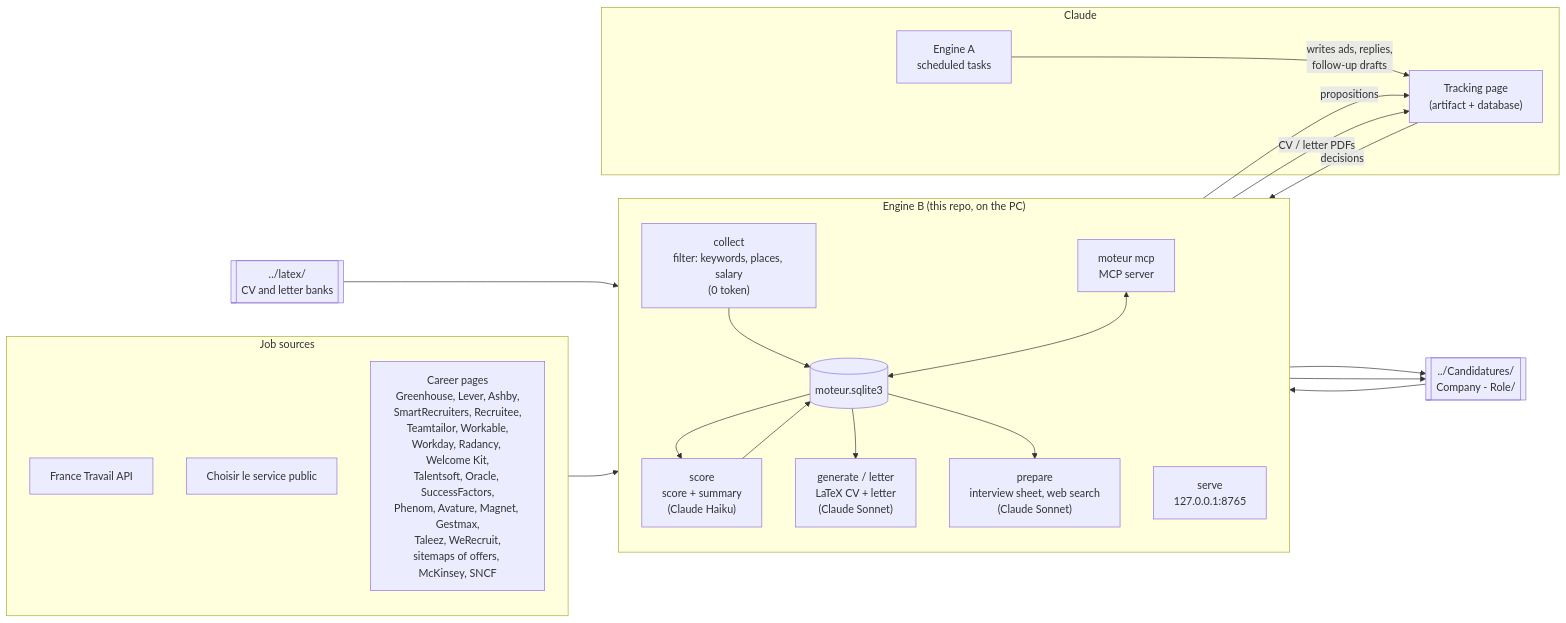
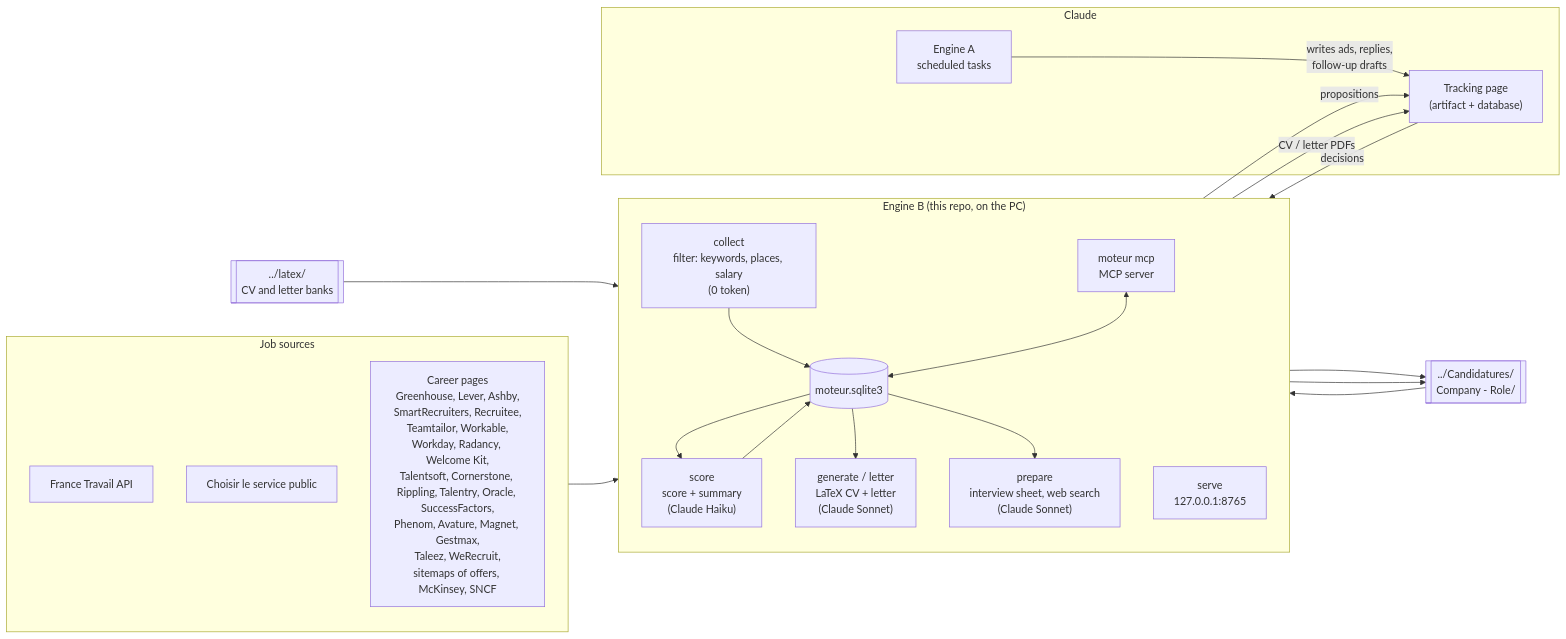
One commit to antoinebertoux/moteur-candidatures changed the first of 2 diagrams in README.md. Above: the diagram before and after it, drawn with Mermaid. The commit also changed other lines of this file and 14 other files, not shown here.

First line of the commit message:
Add Cornerstone, Rippling and Talentry sources; read offer numbers first in sitemap slugs (SRC-111 to SRC-121, SRC-53)

````diff
--- a/README.md
+++ b/README.md
@@ -19,41 +19,41 @@
 ```mermaid
 flowchart LR
     subgraph sources["Job sources"]
         FT["France Travail API"]
         SP["Choisir le service public"]
-        ATS["Career pages<br/>Greenhouse, Lever, Ashby,<br/>SmartRecruiters, Recruitee,<br/>Teamtailor, Workable,<br/>Workday, Radancy, Welcome Kit,<br/>Talentsoft, Oracle, SuccessFactors,<br/>Phenom, Avature, Magnet, Gestmax,<br/>Taleez, WeRecruit,<br/>sitemaps of offers, McKinsey, SNCF"]
+        ATS["Career pages<br/>Greenhouse, Lever, Ashby,<br/>SmartRecruiters, Recruitee,<br/>Teamtailor, Workable,<br/>Workday, Radancy, Welcome Kit,<br/>Talentsoft, Cornerstone, Rippling, Talentry, Oracle, SuccessFactors,<br/>Phenom, Avature, Magnet, Gestmax,<br/>Taleez, WeRecruit,<br/>sitemaps of offers, McKinsey, SNCF"]
     end
 
     subgraph B["Engine B (this repo, on the PC)"]
         direction TB
         COL["collect<br/>filter: keywords, places, salary<br/>(0 token)"]
         DB[("moteur.sqlite3")]
         NOT["score<br/>score + summary<br/>(Claude Haiku)"]
         GEN["generate / letter<br/>LaTeX CV + letter<br/>(Claude Sonnet)"]
         PREP["prepare<br/>interview sheet, web search<br/>(Claude Sonnet)"]
         MCP["moteur mcp<br/>MCP server"]
         SRV["serve<br/>127.0.0.1:8765"]
         COL --> DB --> NOT --> DB
         DB --> GEN
         DB --> PREP
         MCP <--> DB
     end
 
     subgraph claude["Claude"]
         PAGE["Tracking page<br/>(artifact + database)"]
         A["Engine A<br/>scheduled tasks"]
     end
 
     LATEX[["../latex/<br/>CV and letter banks"]]
     OUT[["../Candidatures/<br/>Company - Role/"]]
 
     sources --> COL
     LATEX --> GEN
     GEN --> OUT
     PREP --> OUT
     MCP -- "propositions" --> PAGE
     PAGE -- "decisions" --> MCP
     A -- "writes ads, replies,<br/>follow-up drafts" --> PAGE
     SRV -- "CV / letter PDFs" --> PAGE
     OUT --> SRV
 ```
````
